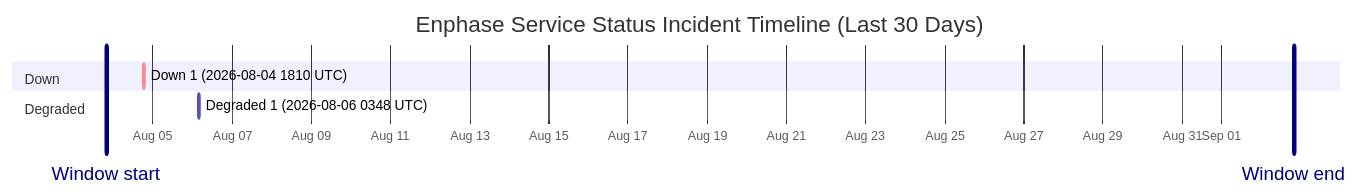
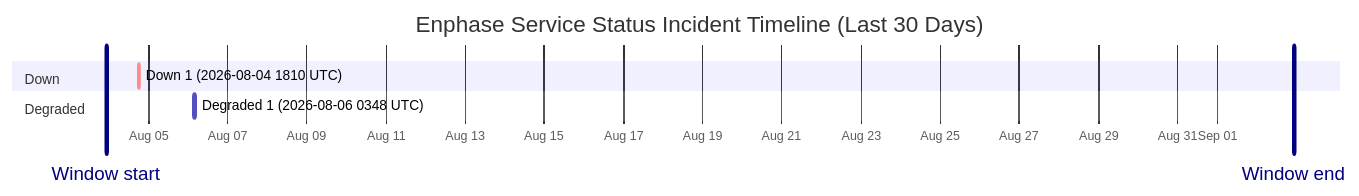
One commit to barneyonline/ha-enphase-energy changed the diagram in wiki/Service-Status-History.md. Above: the diagram before and after it, drawn with Mermaid. The commit also changed other lines of this file and 3 other files, not shown here.

````diff
--- a/wiki/Service-Status-History.md
+++ b/wiki/Service-Status-History.md
@@ -14,12 +14,12 @@
 ```mermaid
 gantt
     title Enphase Service Status Incident Timeline (Last 30 Days)
     dateFormat  YYYY-MM-DDTHH:mm:ss
     axisFormat  %b %d
-    Window start :vert, window-start, 2026-08-03T19:41:41, 0ms
-    Window end :vert, window-end, 2026-09-02T19:41:41, 0ms
+    Window start :vert, window-start, 2026-08-03T22:22:26, 0ms
+    Window end :vert, window-end, 2026-09-02T22:22:26, 0ms
     section Down
     Down 1 (2026-08-04 1810 UTC) :crit, down-1, 2026-08-04T18:10:46, 60m
     section Degraded
     Degraded 1 (2026-08-06 0348 UTC) :active, degraded-1, 2026-08-06T03:48:14, 60m
 ```
````
